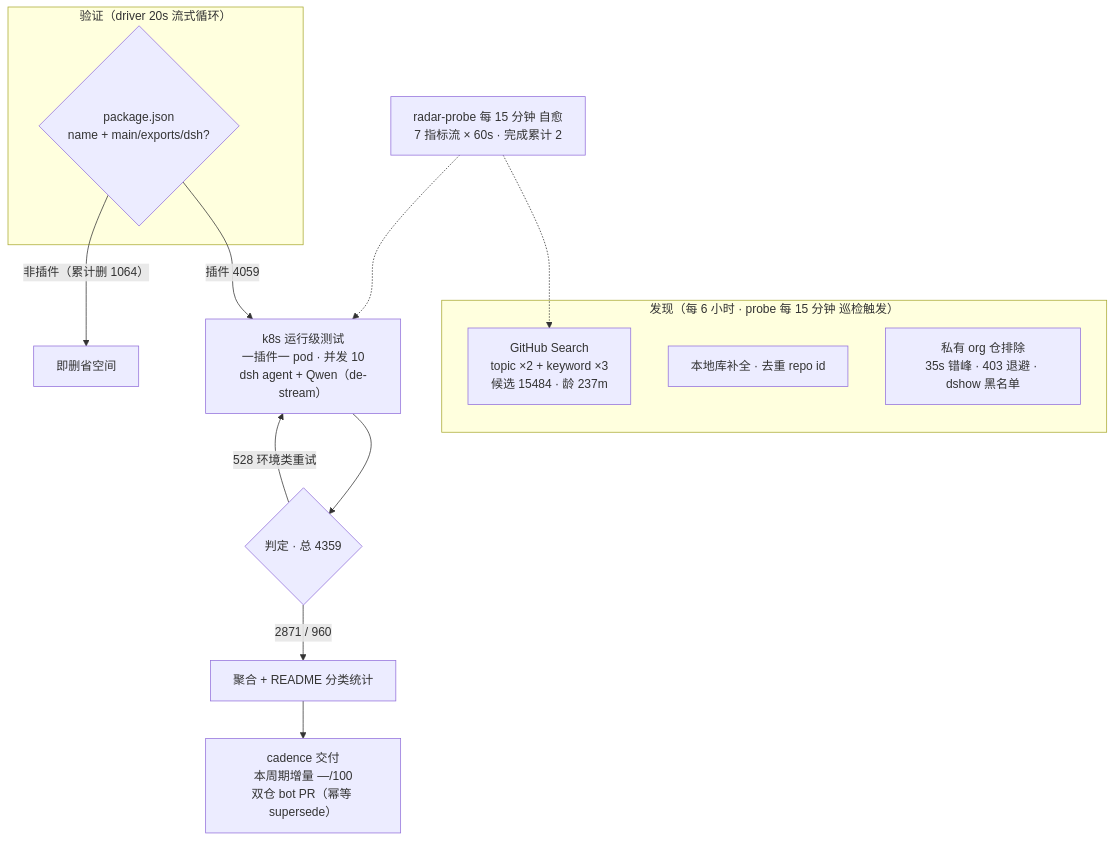
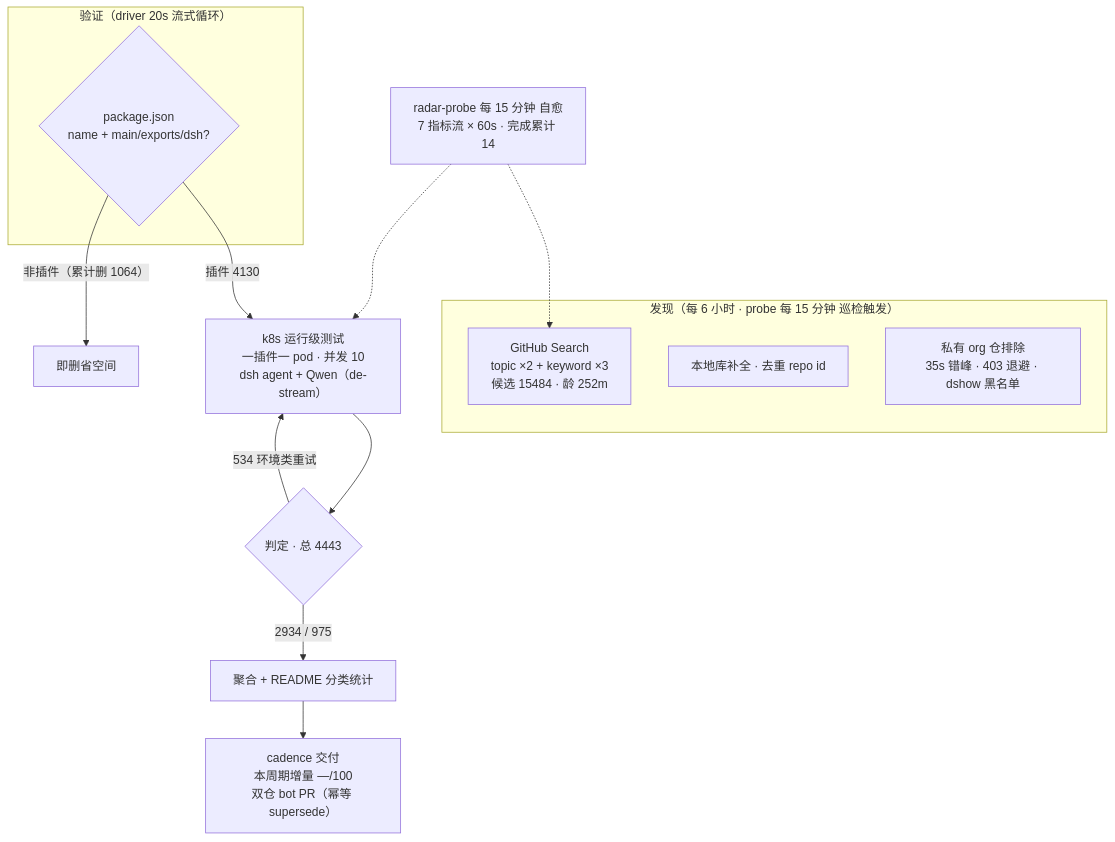
One commit to Zhidao-Lab-OSS/awesome-dsh-plugins changed the diagram in README.md. Above: the diagram before and after it, drawn with Mermaid. The commit also changed other lines of this file and 1 other file, not shown here.

````diff
--- a/README.md
+++ b/README.md
@@ -37,20 +37,20 @@
 ```mermaid
 flowchart TB
     subgraph Discovery["发现（每 6 小时 · probe 每 15 分钟 巡检触发）"]
-        A1["GitHub Search<br/>topic ×2 + keyword ×3<br/>候选 15484 · 龄 237m"]
+        A1["GitHub Search<br/>topic ×2 + keyword ×3<br/>候选 15484 · 龄 252m"]
         A2["本地库补全 · 去重 repo id"]
         A3["私有 org 仓排除<br/>35s 错峰 · 403 退避 · dshow 黑名单"]
     end
     subgraph Validation["验证（driver 20s 流式循环）"]
         B1{"package.json<br/>name + main/exports/dsh?"}
     end
-    B1 -->|"插件 4059"| C1["k8s 运行级测试<br/>一插件一 pod · 并发 10<br/>dsh agent + Qwen（de-stream）"]
+    B1 -->|"插件 4130"| C1["k8s 运行级测试<br/>一插件一 pod · 并发 10<br/>dsh agent + Qwen（de-stream）"]
     B1 -->|"非插件（累计删 1064）"| B3["即删省空间"]
-    C1 --> D1{"判定 · 总 4359"}
-    D1 -->|"2871 / 960"| E1["聚合 + README 分类统计"]
-    D1 -->|"528 环境类重试"| C1
+    C1 --> D1{"判定 · 总 4443"}
+    D1 -->|"2934 / 975"| E1["聚合 + README 分类统计"]
+    D1 -->|"534 环境类重试"| C1
     E1 --> E2["cadence 交付<br/>本周期增量 —/100<br/>双仓 bot PR（幂等 supersede）"]
-    M["radar-probe 每 15 分钟 自愈<br/>7 指标流 × 60s · 完成累计 2"]
+    M["radar-probe 每 15 分钟 自愈<br/>7 指标流 × 60s · 完成累计 14"]
     M -.-> A1
     M -.-> C1
 ```
````
